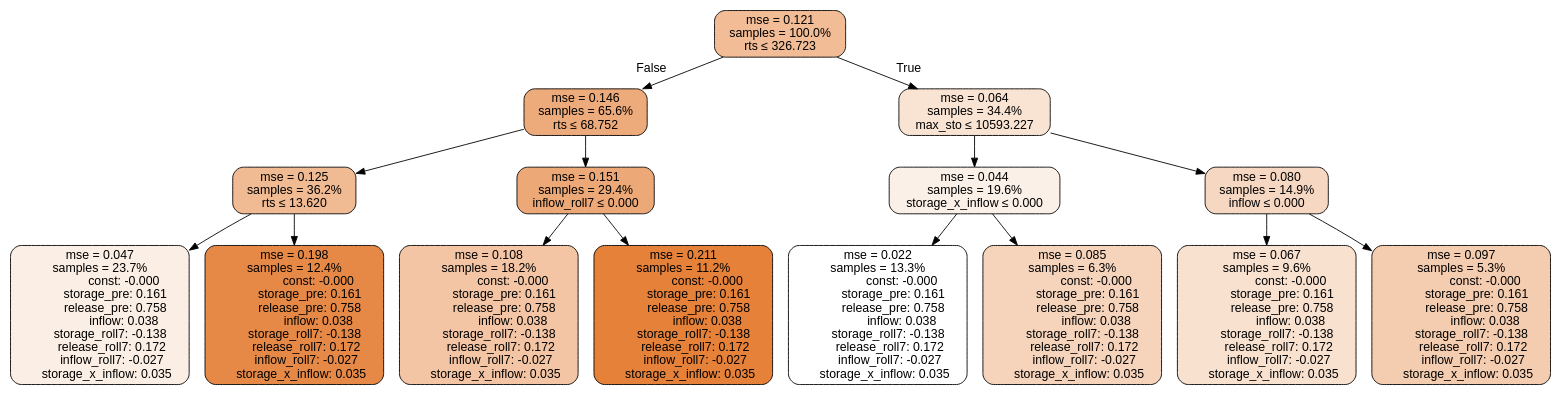
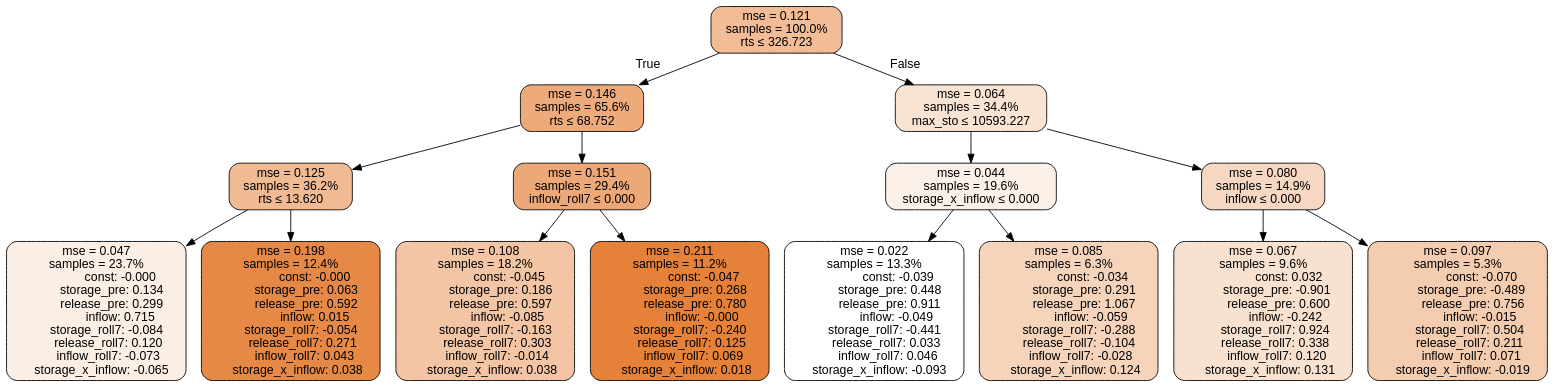
The diagram in results/tclr_spatial_eval/all/TD3_RT_MS_0.75_122/tree.dot (lcford2/predict-release), drawn with Graphviz before and after one commit. The commit also changed 1999 other files, not shown here.

```diff
--- a/results/tclr_spatial_eval/all/TD3_RT_MS_0.75_122/tree.dot
+++ b/results/tclr_spatial_eval/all/TD3_RT_MS_0.75_122/tree.dot
@@ -1,120 +1,121 @@
 digraph tree {
+bgcolor="transparent"
 node [shape=rectangle, style="filled, rounded", color="black", fontname=helvetica] ;
 edge [fontname=helvetica] ;
 	"0" [label="mse = 0.121
 samples = 100.0%
 rts &le; 326.723", fillcolor="#f1bc96"]
 	"1" [label="mse = 0.146
 samples = 65.6%
 rts &le; 68.752", fillcolor="#edab7c"]
 	"2" [label="mse = 0.125
 samples = 36.2%
 rts &le; 13.620", fillcolor="#f0ba92"]
 	"3" [label="mse = 0.047
 samples = 23.7%
                const: -0.000
-          storage_pre: 0.161
-          release_pre: 0.758
-               inflow: 0.038
-       storage_roll7: -0.138
-        release_roll7: 0.172
-        inflow_roll7: -0.027
-     storage_x_inflow: 0.035", fillcolor="#fbeee4"]
+          storage_pre: 0.134
+          release_pre: 0.299
+               inflow: 0.715
+       storage_roll7: -0.084
+        release_roll7: 0.120
+        inflow_roll7: -0.073
+    storage_x_inflow: -0.065", fillcolor="#fbeee4"]
 	"4" [label="mse = 0.198
 samples = 12.4%
                const: -0.000
-          storage_pre: 0.161
-          release_pre: 0.758
-               inflow: 0.038
-       storage_roll7: -0.138
-        release_roll7: 0.172
-        inflow_roll7: -0.027
-     storage_x_inflow: 0.035", fillcolor="#e68946"]
+          storage_pre: 0.063
+          release_pre: 0.592
+               inflow: 0.015
+       storage_roll7: -0.054
+        release_roll7: 0.271
+         inflow_roll7: 0.043
+     storage_x_inflow: 0.038", fillcolor="#e68946"]
 	"5" [label="mse = 0.151
 samples = 29.4%
 inflow_roll7 &le; 0.000", fillcolor="#eda877"]
 	"6" [label="mse = 0.108
 samples = 18.2%
-               const: -0.000
-          storage_pre: 0.161
-          release_pre: 0.758
-               inflow: 0.038
-       storage_roll7: -0.138
-        release_roll7: 0.172
-        inflow_roll7: -0.027
-     storage_x_inflow: 0.035", fillcolor="#f3c5a4"]
+               const: -0.045
+          storage_pre: 0.186
+          release_pre: 0.597
+              inflow: -0.085
+       storage_roll7: -0.163
+        release_roll7: 0.303
+        inflow_roll7: -0.014
+     storage_x_inflow: 0.038", fillcolor="#f3c5a4"]
 	"7" [label="mse = 0.211
 samples = 11.2%
-               const: -0.000
-          storage_pre: 0.161
-          release_pre: 0.758
-               inflow: 0.038
-       storage_roll7: -0.138
-        release_roll7: 0.172
-        inflow_roll7: -0.027
-     storage_x_inflow: 0.035", fillcolor="#e58139"]
+               const: -0.047
+          storage_pre: 0.268
+          release_pre: 0.780
+              inflow: -0.000
+       storage_roll7: -0.240
+        release_roll7: 0.125
+         inflow_roll7: 0.069
+     storage_x_inflow: 0.018", fillcolor="#e58139"]
 	"8" [label="mse = 0.064
 samples = 34.4%
 max_sto &le; 10593.227", fillcolor="#f9e3d3"]
 	"9" [label="mse = 0.044
 samples = 19.6%
 storage_x_inflow &le; 0.000", fillcolor="#fbf0e7"]
 	"10" [label="mse = 0.022
 samples = 13.3%
-               const: -0.000
-          storage_pre: 0.161
-          release_pre: 0.758
-               inflow: 0.038
-       storage_roll7: -0.138
-        release_roll7: 0.172
-        inflow_roll7: -0.027
-     storage_x_inflow: 0.035", fillcolor="#ffffff"]
+               const: -0.039
+          storage_pre: 0.448
+          release_pre: 0.911
+              inflow: -0.049
+       storage_roll7: -0.441
+        release_roll7: 0.033
+         inflow_roll7: 0.046
+    storage_x_inflow: -0.093", fillcolor="#ffffff"]
 	"11" [label="mse = 0.085
 samples = 6.3%
-               const: -0.000
-          storage_pre: 0.161
-          release_pre: 0.758
-               inflow: 0.038
-       storage_roll7: -0.138
-        release_roll7: 0.172
-        inflow_roll7: -0.027
-     storage_x_inflow: 0.035", fillcolor="#f6d4bc"]
+               const: -0.034
+          storage_pre: 0.291
+          release_pre: 1.067
+              inflow: -0.059
+       storage_roll7: -0.288
+       release_roll7: -0.104
+        inflow_roll7: -0.028
+     storage_x_inflow: 0.124", fillcolor="#f6d4bc"]
 	"12" [label="mse = 0.080
 samples = 14.9%
 inflow &le; 0.000", fillcolor="#f6d7c1"]
 	"13" [label="mse = 0.067
 samples = 9.6%
-               const: -0.000
-          storage_pre: 0.161
-          release_pre: 0.758
-               inflow: 0.038
-       storage_roll7: -0.138
-        release_roll7: 0.172
-        inflow_roll7: -0.027
-     storage_x_inflow: 0.035", fillcolor="#f8e1cf"]
+                const: 0.032
+         storage_pre: -0.901
+          release_pre: 0.600
+              inflow: -0.242
+        storage_roll7: 0.924
+        release_roll7: 0.338
+         inflow_roll7: 0.120
+     storage_x_inflow: 0.131", fillcolor="#f8e1cf"]
 	"14" [label="mse = 0.097
 samples = 5.3%
-               const: -0.000
-          storage_pre: 0.161
-          release_pre: 0.758
-               inflow: 0.038
-       storage_roll7: -0.138
-        release_roll7: 0.172
-        inflow_roll7: -0.027
-     storage_x_inflow: 0.035", fillcolor="#f4ccaf"]
+               const: -0.070
+         storage_pre: -0.489
+          release_pre: 0.756
+              inflow: -0.015
+        storage_roll7: 0.504
+        release_roll7: 0.211
+         inflow_roll7: 0.071
+    storage_x_inflow: -0.019", fillcolor="#f4ccaf"]
 
-	"0" -> "1" [labeldistance=2.5, labelangle=45, headlabel="False"]
+	"0" -> "1" [labeldistance=2.5, labelangle=45, headlabel="True"]
 	"1" -> "2"
 	"2" -> "3"
 	"2" -> "4"
 	"1" -> "5"
 	"5" -> "6"
 	"5" -> "7"
-	"0" -> "8" [labeldistance=2.5, labelangle=-45, headlabel="True"]
+	"0" -> "8" [labeldistance=2.5, labelangle=-45, headlabel="False"]
 	"8" -> "9"
 	"9" -> "10"
 	"9" -> "11"
 	"8" -> "12"
 	"12" -> "13"
 	"12" -> "14"
 }
```
